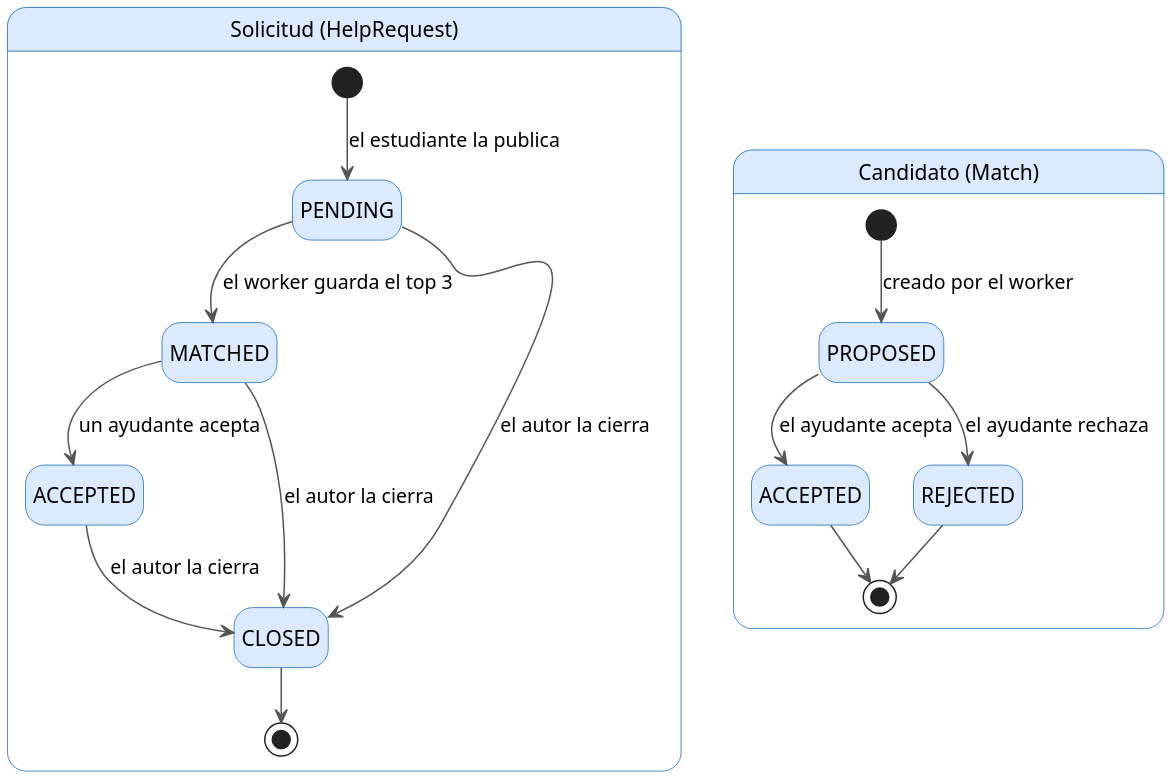
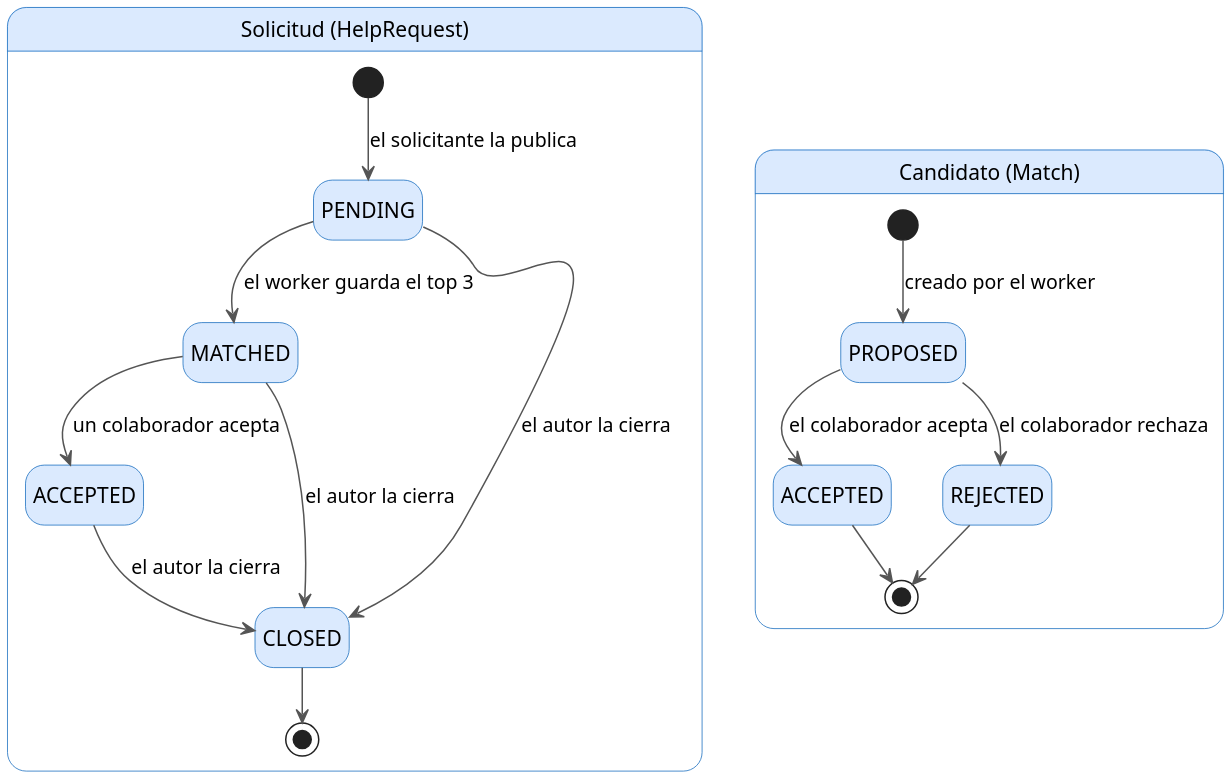
The diagram in docs/arquitectura/diagramas/11-estados.puml (juanjosegl/RedNexus-Platform), drawn with PlantUML before and after one commit. The commit also changed 15 other files, not shown here.

First line of the commit message:
docs(arquitectura): términos solicitante y colaborador en diagramas

```diff
--- a/docs/arquitectura/diagramas/11-estados.puml
+++ b/docs/arquitectura/diagramas/11-estados.puml
@@ -1,41 +1,41 @@
 @startuml 11-estados
 ' Estados de la solicitud (HelpRequest) y del candidato (Match)
 skinparam dpi 200
 skinparam defaultFontName "Helvetica"
 skinparam shadowing false
 skinparam LegendBackgroundColor #ffffff
 skinparam LegendBorderColor #999999
 hide empty description
 skinparam state {
   BackgroundColor #dbeafe
   BorderColor #1168bd
   ArrowColor #555555
 }
 
 state "Solicitud (HelpRequest)" as Sol {
   state PENDING
   state MATCHED
   state ACCEPTED
   state CLOSED
-  [*] --> PENDING : el estudiante la publica
+  [*] --> PENDING : el solicitante la publica
   PENDING --> MATCHED : el worker guarda el top 3
-  MATCHED --> ACCEPTED : un ayudante acepta
+  MATCHED --> ACCEPTED : un colaborador acepta
   PENDING --> CLOSED : el autor la cierra
   MATCHED --> CLOSED : el autor la cierra
   ACCEPTED --> CLOSED : el autor la cierra
   CLOSED --> [*]
 }
 
 state "Candidato (Match)" as Mat {
   state PROPOSED
   state "ACCEPTED" as MACC
   state REJECTED
   [*] --> PROPOSED : creado por el worker
-  PROPOSED --> MACC : el ayudante acepta
-  PROPOSED --> REJECTED : el ayudante rechaza
+  PROPOSED --> MACC : el colaborador acepta
+  PROPOSED --> REJECTED : el colaborador rechaza
   MACC --> [*]
   REJECTED --> [*]
 }
 
 Sol -[hidden]right-> Mat
 @enduml
```
